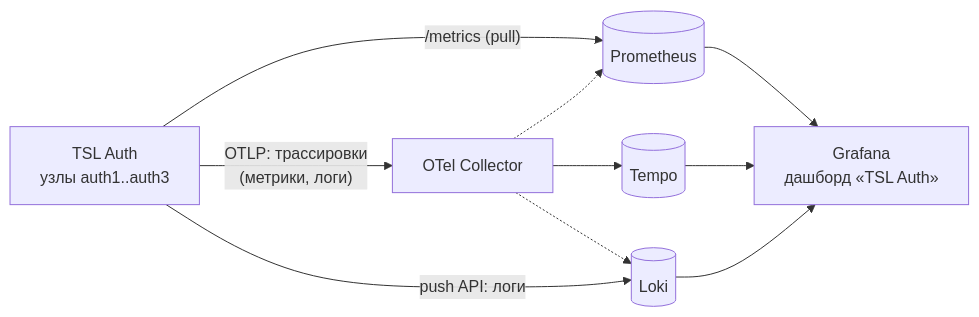
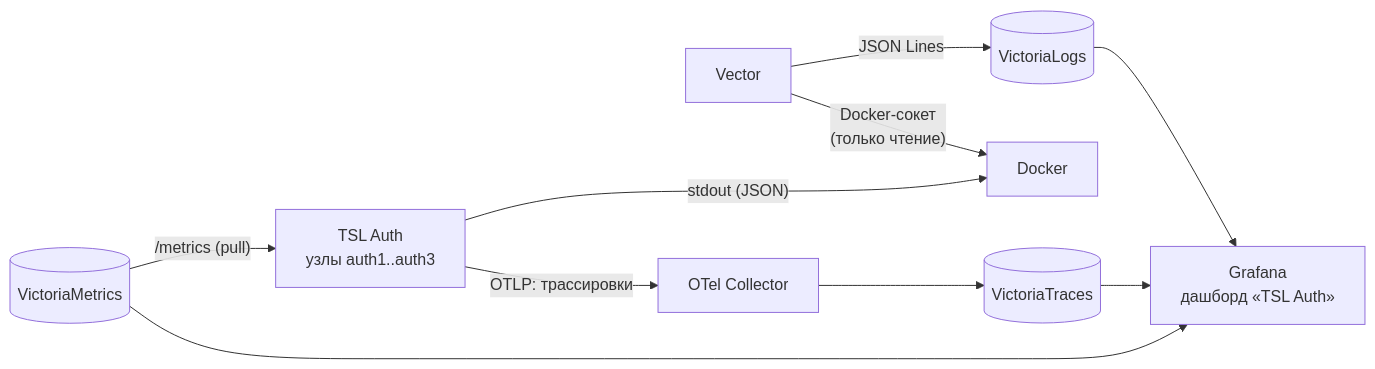
The first of 2 diagrams in docs/operations.md (akprof2000/tsl-auth), drawn with Mermaid before and after one commit. The commit also changed other lines of this file and 37 other files, not shown here.

First line of the commit message:
Мониторинг на Victoria: VictoriaMetrics, VictoriaLogs, VictoriaTraces; логи — stdout + Vector через Docker socket

````diff
--- a/docs/operations.md
+++ b/docs/operations.md
@@ -38,10 +40,10 @@
 ```mermaid
 flowchart LR
     A[TSL Auth<br/>узлы auth1..auth3]
-    A -- "/metrics (pull)" --> P[(Prometheus)]
-    A -- "OTLP: трассировки<br/>(метрики, логи)" --> C[OTel Collector] --> T[(Tempo)]
-    C -.-> P
-    C -.-> L
-    A -- "push API: логи" --> L[(Loki)]
+    P[(VictoriaMetrics)] -- "/metrics (pull)" --> A
+    A -- "OTLP: трассировки" --> C[OTel Collector] --> T[(VictoriaTraces)]
+    A -- "stdout (JSON)" --> D[Docker]
+    V[Vector] -- "Docker-сокет<br/>(только чтение)" --> D
+    V -- "JSON Lines" --> L[(VictoriaLogs)]
     P & T & L --> G[Grafana<br/>дашборд «TSL Auth»]
 ```
````
